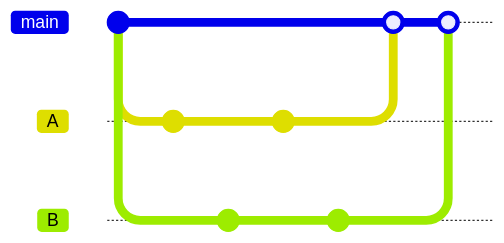
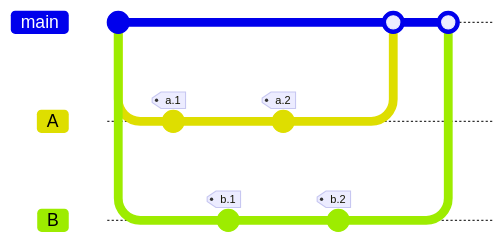
The diagram in docs/mermaid-git-sequences/git-sequence-test.mermaid (hychan48/pull-request-tut), drawn with Mermaid before and after one commit. The commit also changed 4 other files, not shown here. Commit ids are hidden.

Commit message:
updated diagrams

```diff
--- a/docs/mermaid-git-sequences/git-sequence-test.mermaid
+++ b/docs/mermaid-git-sequences/git-sequence-test.mermaid
@@ -1,22 +1,22 @@
-%%In theory
+%% In theory
 gitGraph
 %%    create branches
-    commit %% main
+    commit id: "main"
     branch A
     branch B
 %% Normal
 %%    A first
     checkout A
-    commit
+    commit tag: "a.1"
     checkout B
-    commit
+    commit tag: "b.1"
 %% Stagger
     checkout A
-    commit
+    commit tag: "a.2"
     checkout B
-    commit
+    commit tag: "b.2"
 
 %%    Merge Both into Main
     checkout main
     merge A
     merge B
```
